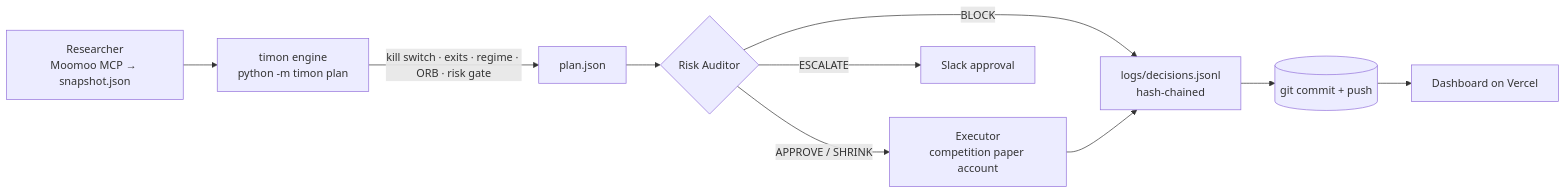
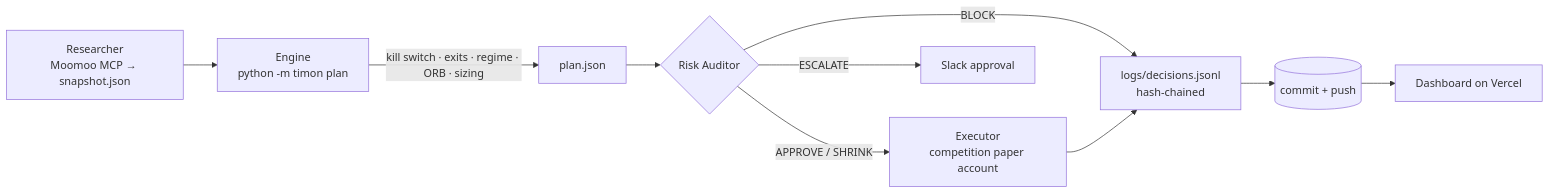
Before and after one commit to aljabrialam/timon: the first of 2 diagrams in README.md, drawn with Mermaid. The commit also changed other lines of this file and 8 other files, not shown here.

````diff
--- a/README.md
+++ b/README.md
@@ -13,12 +44,12 @@
 ```mermaid
 flowchart LR
-    R[Researcher<br/>Moomoo MCP → snapshot.json] --> E[timon engine<br/>python -m timon plan]
-    E -->|kill switch · exits · regime · ORB · risk gate| P[plan.json]
-    P --> A{Risk Auditor}
-    A -->|APPROVE / SHRINK| X[Executor<br/>competition paper account]
-    A -->|ESCALATE| S[Slack approval]
-    A -->|BLOCK| L
-    X --> L[logs/decisions.jsonl<br/>hash-chained]
-    L --> G[(git commit + push)]
-    G --> D[Dashboard on Vercel]
+  R[Researcher<br/>Moomoo MCP → snapshot.json] --> E[Engine<br/>python -m timon plan]
+  E -->|kill switch · exits · regime · ORB · sizing| P[plan.json]
+  P --> A{Risk Auditor}
+  A -->|APPROVE / SHRINK| X[Executor<br/>competition paper account]
+  A -->|ESCALATE| S[Slack approval]
+  A -->|BLOCK| L
+  X --> L[logs/decisions.jsonl<br/>hash-chained]
+  L --> G[(commit + push)]
+  G --> D[Dashboard on Vercel]
 ```
````
